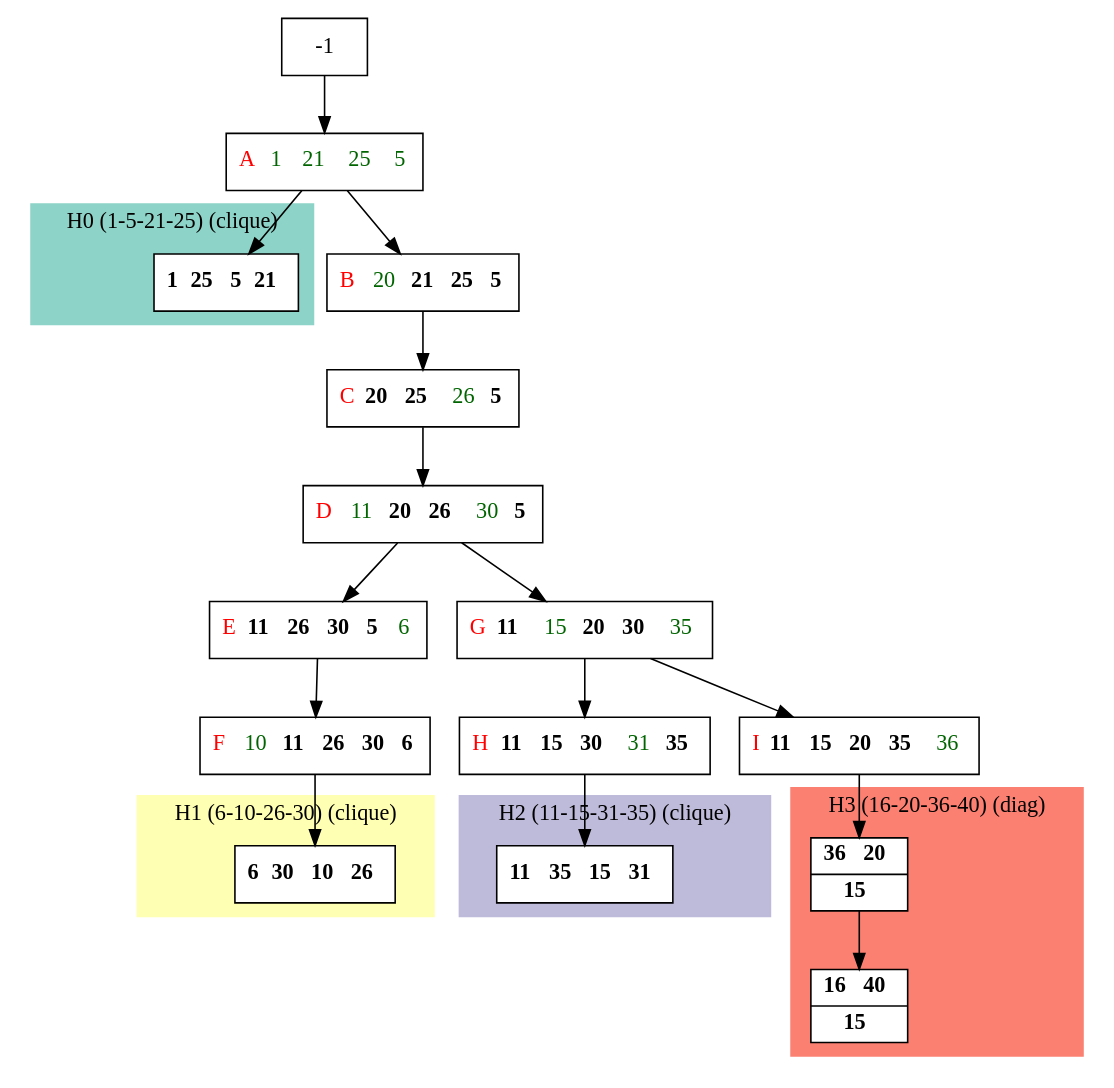
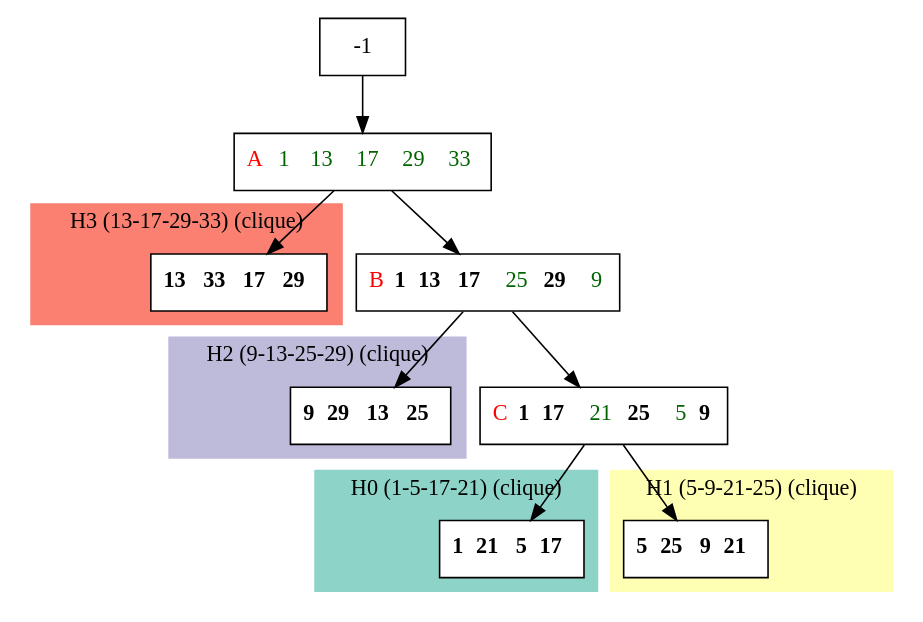
Before and after one commit to bmarchand/auto-dp: the diagram in results/compact_dot_files/compact_K4.dot, drawn with Graphviz. The commit also changed 188 other files, not shown here.

```diff
--- a/results/compact_dot_files/compact_K4.dot
+++ b/results/compact_dot_files/compact_K4.dot
@@ -1,62 +1,49 @@
 digraph G {
     node [shape=box];
     subgraph cluster0 {
         node [style=filled,fillcolor=white];
         labeljust="l";
         style=filled;
         color="#8DD3C7";
         H0_0;
-        label="H0 (1-5-21-25) (clique)";
+        label="H0 (1-5-17-21) (clique)";
     }
     subgraph cluster1 {
         node [style=filled,fillcolor=white];
         labeljust="l";
         style=filled;
         color="#FFFFB3";
         H1_0;
-        label="H1 (6-10-26-30) (clique)";
+        label="H1 (5-9-21-25) (clique)";
     }
     subgraph cluster2 {
         node [style=filled,fillcolor=white];
         labeljust="l";
         style=filled;
         color="#BEBADA";
         H2_0;
-        label="H2 (11-15-31-35) (clique)";
+        label="H2 (9-13-25-29) (clique)";
     }
     subgraph cluster3 {
         node [style=filled,fillcolor=white];
         labeljust="l";
         style=filled;
         color="#FB8072";
-        H3_7 -> H3_0;
-        label="H3 (16-20-36-40) (diag)";
+        H3_0;
+        label="H3 (13-17-29-33) (clique)";
     }
-     1 [shape=record,label= <{  <FONT COLOR="RED">A</FONT>  <FONT COLOR="DARKGREEN">1</FONT>  <FONT COLOR="DARKGREEN">21</FONT>  <FONT COLOR="DARKGREEN">25</FONT>  <FONT COLOR="DARKGREEN">5</FONT>}> ];
-     -1  ->  1;
-     H0_0 [shape=record,label= <{ <b>1</b> <b>25</b> <b>5</b> <b>21</b>}> ];
+     21 [shape=record,label= <{  <FONT COLOR="RED">A</FONT>  <FONT COLOR="DARKGREEN">1</FONT>  <FONT COLOR="DARKGREEN">13</FONT>  <FONT COLOR="DARKGREEN">17</FONT>  <FONT COLOR="DARKGREEN">29</FONT>  <FONT COLOR="DARKGREEN">33</FONT>}> ];
+     -1  ->  21;
+     H3_0 [shape=record,label= <{ <b>13</b> <b>33</b> <b>17</b> <b>29</b>}> ];
+     21  ->  H3_0;
+     14 [shape=record,label= <{  <FONT COLOR="RED">B</FONT> <b>1</b> <b>13</b> <b>17</b>  <FONT COLOR="DARKGREEN">25</FONT> <b>29</b>  <FONT COLOR="DARKGREEN">9</FONT>}> ];
+     21  ->  14;
+     H2_0 [shape=record,label= <{ <b>9</b> <b>29</b> <b>13</b> <b>25</b>}> ];
+     14  ->  H2_0;
+     1 [shape=record,label= <{  <FONT COLOR="RED">C</FONT> <b>1</b> <b>17</b>  <FONT COLOR="DARKGREEN">21</FONT> <b>25</b>  <FONT COLOR="DARKGREEN">5</FONT> <b>9</b>}> ];
+     14  ->  1;
+     H0_0 [shape=record,label= <{ <b>1</b> <b>21</b> <b>5</b> <b>17</b>}> ];
      1  ->  H0_0;
-     28 [shape=record,label= <{  <FONT COLOR="RED">B</FONT>  <FONT COLOR="DARKGREEN">20</FONT> <b>21</b> <b>25</b> <b>5</b>}> ];
-     1  ->  28;
-     27 [shape=record,label= <{  <FONT COLOR="RED">C</FONT> <b>20</b> <b>25</b>  <FONT COLOR="DARKGREEN">26</FONT> <b>5</b>}> ];
-     28  ->  27;
-     17 [shape=record,label= <{  <FONT COLOR="RED">D</FONT>  <FONT COLOR="DARKGREEN">11</FONT> <b>20</b> <b>26</b>  <FONT COLOR="DARKGREEN">30</FONT> <b>5</b>}> ];
-     27  ->  17;
-     9 [shape=record,label= <{  <FONT COLOR="RED">E</FONT> <b>11</b> <b>26</b> <b>30</b> <b>5</b>  <FONT COLOR="DARKGREEN">6</FONT>}> ];
-     17  ->  9;
-     10 [shape=record,label= <{  <FONT COLOR="RED">F</FONT>  <FONT COLOR="DARKGREEN">10</FONT> <b>11</b> <b>26</b> <b>30</b> <b>6</b>}> ];
-     9  ->  10;
-     H1_0 [shape=record,label= <{ <b>6</b> <b>30</b> <b>10</b> <b>26</b>}> ];
-     10  ->  H1_0;
-     18 [shape=record,label= <{  <FONT COLOR="RED">G</FONT> <b>11</b>  <FONT COLOR="DARKGREEN">15</FONT> <b>20</b> <b>30</b>  <FONT COLOR="DARKGREEN">35</FONT>}> ];
-     17  ->  18;
-     19 [shape=record,label= <{  <FONT COLOR="RED">H</FONT> <b>11</b> <b>15</b> <b>30</b>  <FONT COLOR="DARKGREEN">31</FONT> <b>35</b>}> ];
-     18  ->  19;
-     H2_0 [shape=record,label= <{ <b>11</b> <b>35</b> <b>15</b> <b>31</b>}> ];
-     19  ->  H2_0;
-     25 [shape=record,label= <{  <FONT COLOR="RED">I</FONT> <b>11</b> <b>15</b> <b>20</b> <b>35</b>  <FONT COLOR="DARKGREEN">36</FONT>}> ];
-     18  ->  25;
-     H3_7 [shape=record,label= <{ <b>36</b> <b>20</b>|  <b>15</b>}> ];
-     25  ->  H3_7;
-     H3_0 [shape=record,label= <{ <b>16</b> <b>40</b>|  <b>15</b>}> ];
+     H1_0 [shape=record,label= <{ <b>5</b> <b>25</b> <b>9</b> <b>21</b>}> ];
+     1  ->  H1_0;
 }
```
